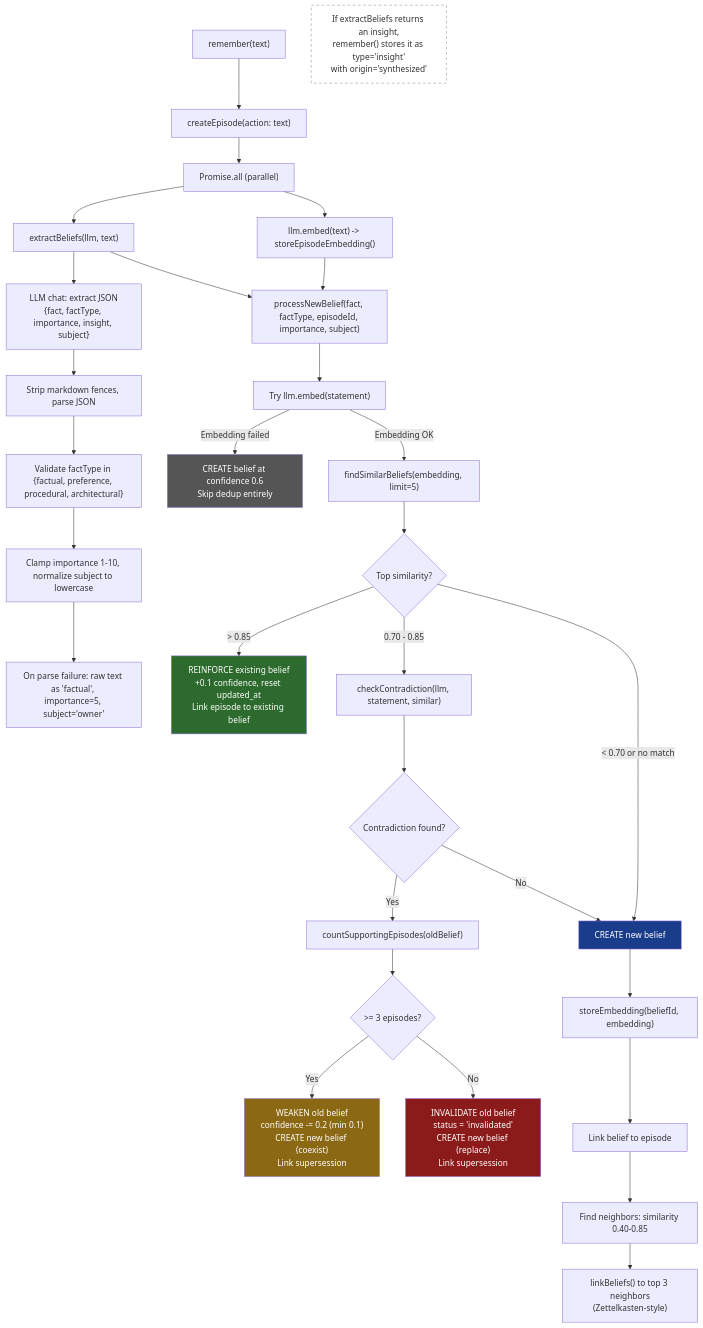
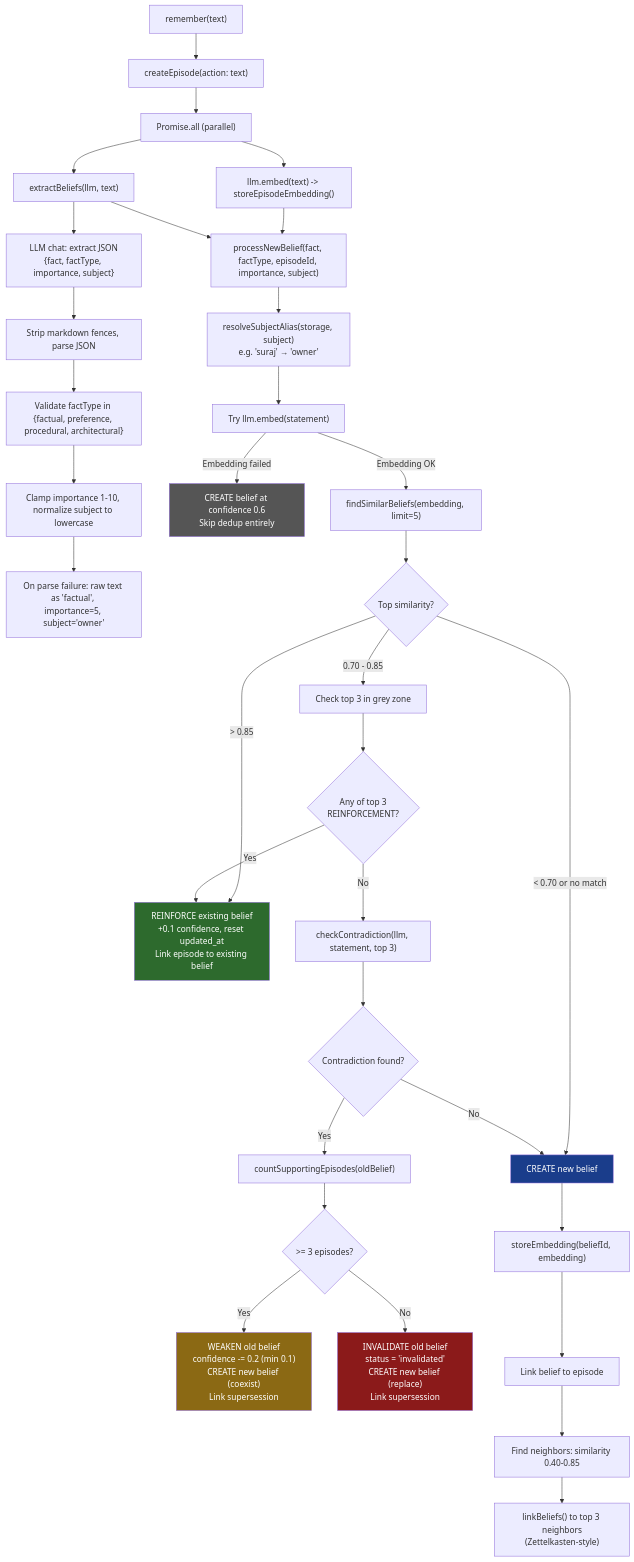
Before and after one commit to devjarus/pai: the first of 5 diagrams in docs/MEMORY-LIFECYCLE.md, drawn with Mermaid. The commit also changed other lines of this file and 80 other files, not shown here.

````diff
--- a/docs/MEMORY-LIFECYCLE.md
+++ b/docs/MEMORY-LIFECYCLE.md
@@ -11,47 +11,49 @@
 ```mermaid
 flowchart TD
     A["remember(text)"] --> B["createEpisode(action: text)"]
     B --> C["Promise.all (parallel)"]
     C --> D["llm.embed(text) -> storeEpisodeEmbedding()"]
     C --> E["extractBeliefs(llm, text)"]
 
-    E --> E1["LLM chat: extract JSON\n{fact, factType, importance, insight, subject}"]
+    E --> E1["LLM chat: extract JSON\n{fact, factType, importance, subject}"]
     E1 --> E2["Strip markdown fences, parse JSON"]
     E2 --> E3["Validate factType in {factual, preference, procedural, architectural}"]
     E3 --> E4["Clamp importance 1-10, normalize subject to lowercase"]
     E4 --> E5["On parse failure: raw text as 'factual', importance=5, subject='owner'"]
 
     D --> F["processNewBelief(fact, factType, episodeId, importance, subject)"]
     E --> F
 
-    F --> G["Try llm.embed(statement)"]
+    F --> F0["resolveSubjectAlias(storage, subject)\ne.g. 'suraj' → 'owner'"]
+    F0 --> G["Try llm.embed(statement)"]
     G -->|Embedding failed| H["CREATE belief at confidence 0.6\nSkip dedup entirely"]
     G -->|Embedding OK| I["findSimilarBeliefs(embedding, limit=5)"]
 
     I --> J{Top similarity?}
     J -->|"> 0.85"| K["REINFORCE existing belief\n+0.1 confidence, reset updated_at\nLink episode to existing belief"]
-    J -->|"0.70 - 0.85"| L["checkContradiction(llm, statement, similar)"]
+    J -->|"0.70 - 0.85"| L["Check top 3 in grey zone"]
     J -->|"< 0.70 or no match"| M["CREATE new belief"]
 
-    L --> N{Contradiction found?}
+    L --> L1{"Any of top 3\nREINFORCEMENT?"}
+    L1 -->|Yes| K
+    L1 -->|No| L2["checkContradiction(llm, statement, top 3)"]
+    L2 --> N{Contradiction found?}
     N -->|No| M
     N -->|Yes| O["countSupportingEpisodes(oldBelief)"]
 
     O --> P{">= 3 episodes?"}
     P -->|Yes| Q["WEAKEN old belief\nconfidence -= 0.2 (min 0.1)\nCREATE new belief (coexist)\nLink supersession"]
     P -->|No| R["INVALIDATE old belief\nstatus = 'invalidated'\nCREATE new belief (replace)\nLink supersession"]
 
     M --> S["storeEmbedding(beliefId, embedding)"]
     S --> T["Link belief to episode"]
     T --> U["Find neighbors: similarity 0.40-0.85"]
     U --> V["linkBeliefs() to top 3 neighbors\n(Zettelkasten-style)"]
 
     style K fill:#2d6a2d,color:#fff
     style Q fill:#8b6914,color:#fff
     style R fill:#8b1a1a,color:#fff
     style M fill:#1a3d8b,color:#fff
     style H fill:#555,color:#fff
 
-    Note1["If extractBeliefs returns an insight,\nremember() stores it as type='insight'\nwith origin='synthesized'"]
-    style Note1 fill:none,stroke:#888,stroke-dasharray: 5 5
 ```
````
